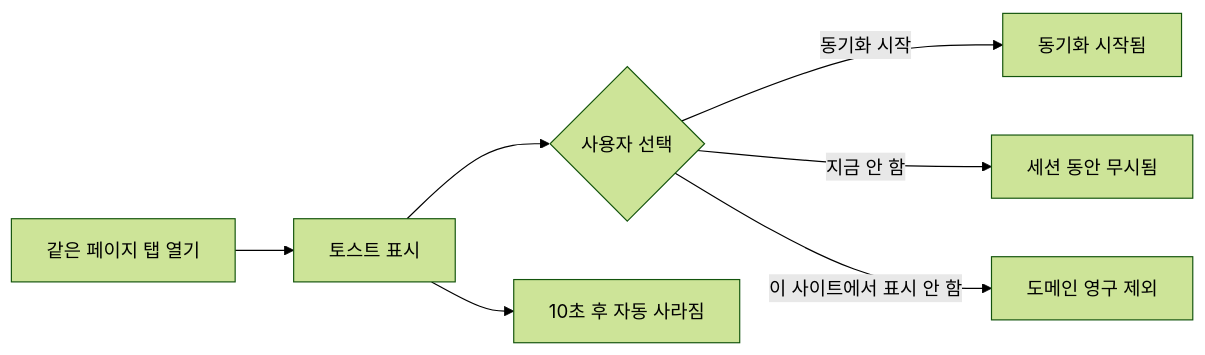
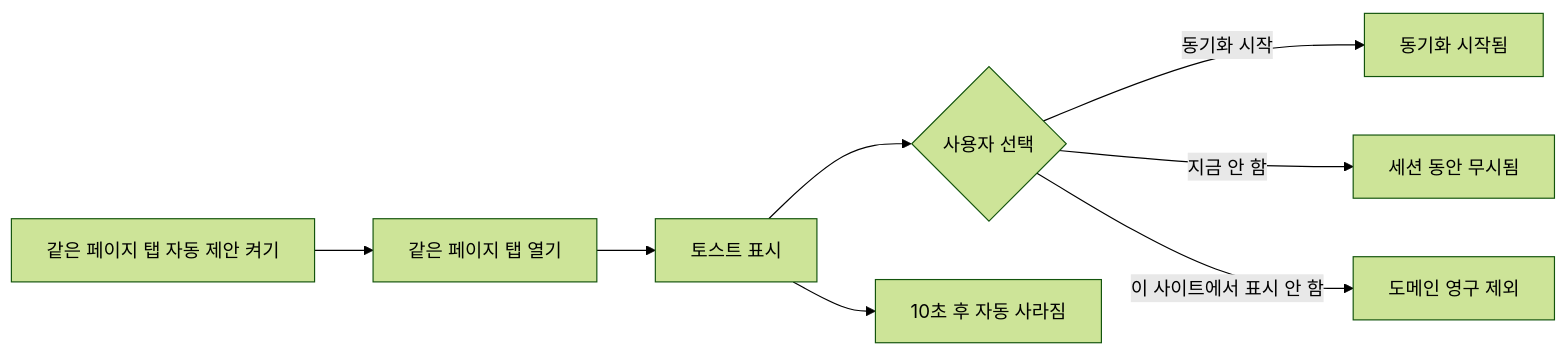
Before and after one commit to jaem1n207/synchronize-tab-scrolling: the third of 4 diagrams in README-ko_kr.md, drawn with Mermaid (forest theme). The commit also changed other lines of this file and 1 other file, not shown here.

````diff
--- a/README-ko_kr.md
+++ b/README-ko_kr.md
@@ -175,9 +196,10 @@
 ```mermaid
 flowchart LR
-    A[같은 페이지 탭 열기] --> B[토스트 표시]
-    B --> C{사용자 선택}
-    C -->|동기화 시작| D[동기화 시작됨]
-    C -->|지금 안 함| E[세션 동안 무시됨]
-    C -->|이 사이트에서 표시 안 함| F[도메인 영구 제외]
-    B --> G[10초 후 자동 사라짐]
+    A[같은 페이지 탭 자동 제안 켜기] --> B[같은 페이지 탭 열기]
+    B --> C[토스트 표시]
+    C --> D{사용자 선택}
+    D -->|동기화 시작| E[동기화 시작됨]
+    D -->|지금 안 함| F[세션 동안 무시됨]
+    D -->|이 사이트에서 표시 안 함| G[도메인 영구 제외]
+    C --> H[10초 후 자동 사라짐]
 ```
````
